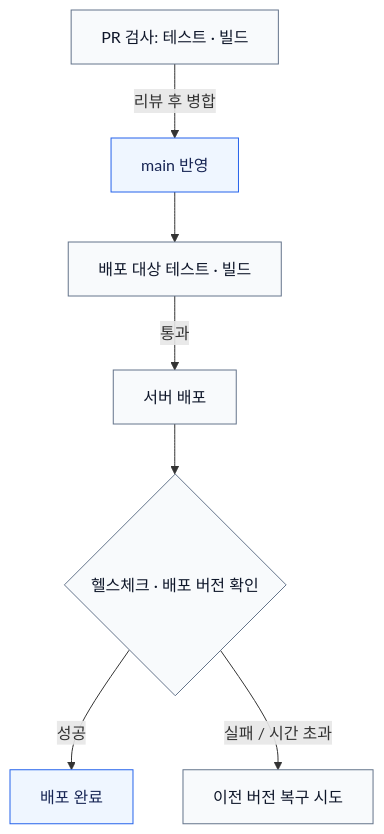
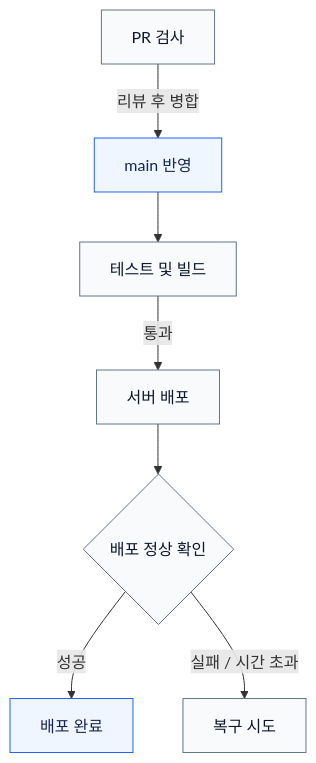
The second of 2 diagrams in README.md (yeogidot/yeogidot-backend), drawn with Mermaid before and after one commit.

Commit message:
docs: README 배포 흐름도 문구 간소화

````diff
--- a/README.md
+++ b/README.md
@@ -106,14 +106,14 @@
 ```mermaid
 flowchart TD
-    pr["PR 검사: 테스트 · 빌드"] -->|"리뷰 후 병합"| merge["main 반영"]
-    merge --> build["배포 대상 테스트 · 빌드"]
+    pr["PR 검사"] -->|"리뷰 후 병합"| merge["main 반영"]
+    merge --> build["테스트 및 빌드"]
     build -->|"통과"| deploy["서버 배포"]
-    deploy --> health{"헬스체크 · 배포 버전 확인"}
+    deploy --> health{"배포 정상 확인"}
     health -->|"성공"| done["배포 완료"]
-    health -->|"실패 / 시간 초과"| rollback["이전 버전 복구 시도"]
+    health -->|"실패 / 시간 초과"| rollback["복구 시도"]
 
     classDef primary fill:#eff6ff,stroke:#2563eb,color:#172554;
     classDef neutral fill:#f8fafc,stroke:#64748b,color:#0f172a;
     class merge,done primary;
     class pr,build,deploy,health,rollback neutral;
 ```
````
